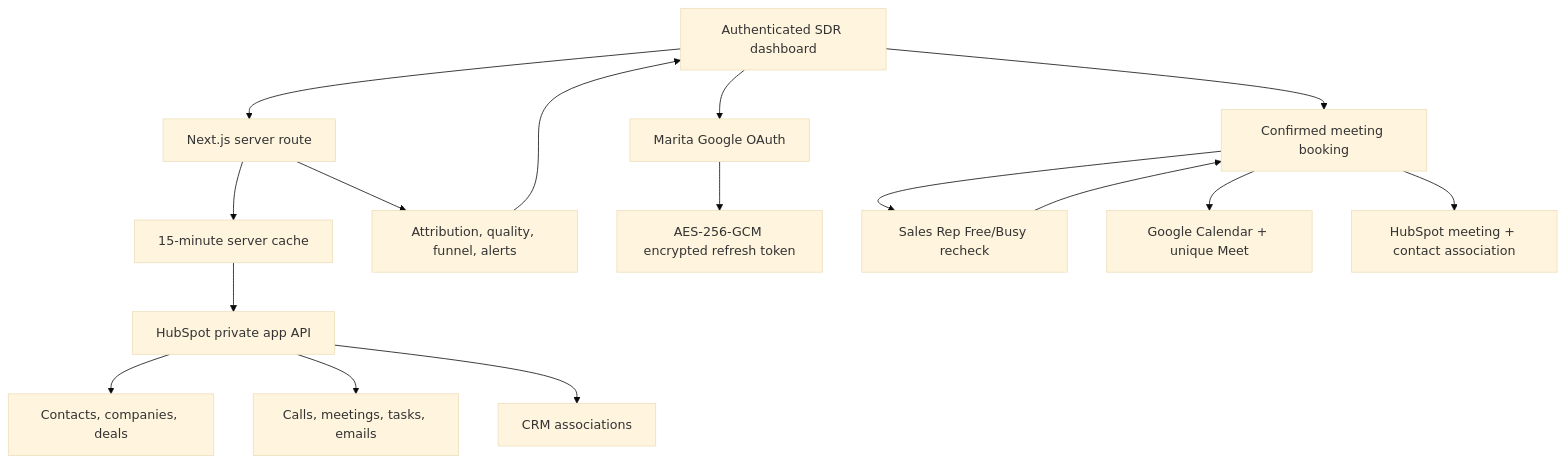
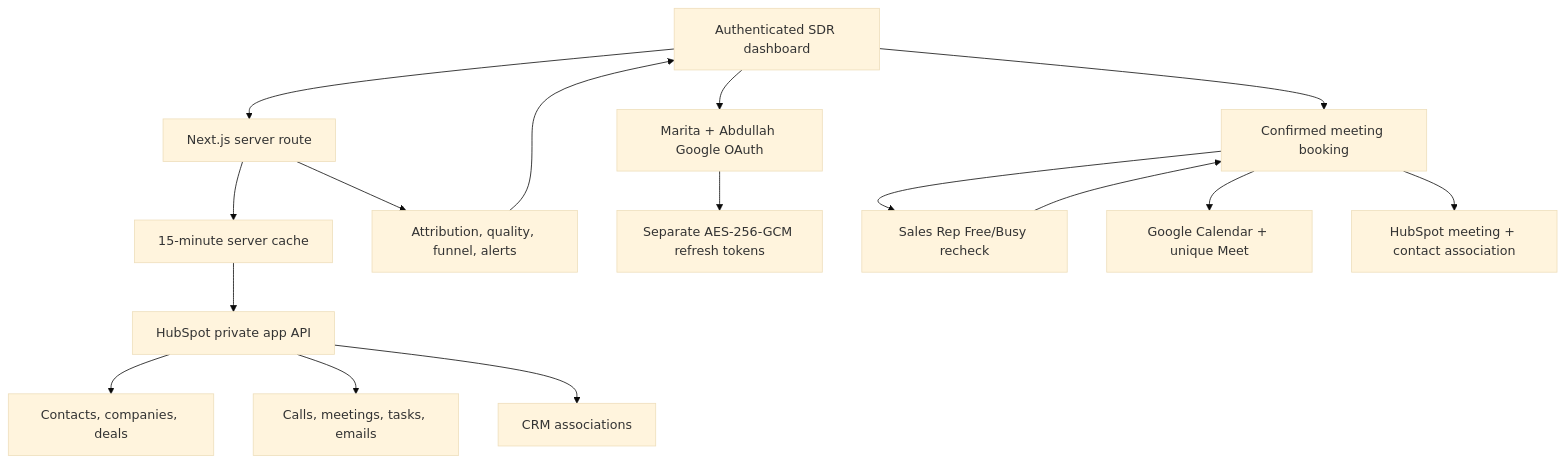
Before and after one commit to amohamed-alt/SDR-Project: the first of 2 diagrams in docs/ARCHITECTURE.md, drawn with Mermaid (base theme). The commit also changed other lines of this file, not shown here.

Commit message:
Add multi-organizer calendar support (docs/ARCHITECTURE.md)

````diff
--- a/docs/ARCHITECTURE.md
+++ b/docs/ARCHITECTURE.md
@@ -3,18 +3,18 @@
 ```mermaid
 flowchart TD
     UI["Authenticated SDR dashboard"] --> API["Next.js server route"]
     API --> Cache["15-minute server cache"]
     Cache --> HS["HubSpot private app API"]
     HS --> CRM["Contacts, companies, deals"]
     HS --> ENG["Calls, meetings, tasks, emails"]
     HS --> ASSOC["CRM associations"]
     API --> AGG["Attribution, quality, funnel, alerts"]
     AGG --> UI
-    UI --> OAUTH["Marita Google OAuth"]
-    OAUTH --> TOKENS["AES-256-GCM encrypted refresh token"]
+    UI --> OAUTH["Marita + Abdullah Google OAuth"]
+    OAUTH --> TOKENS["Separate AES-256-GCM refresh tokens"]
     UI --> BOOK["Confirmed meeting booking"]
     BOOK --> FB["Sales Rep Free/Busy recheck"]
     FB --> BOOK
     BOOK --> GCAL["Google Calendar + unique Meet"]
     BOOK --> HSM["HubSpot meeting + contact association"]
 ```
````
